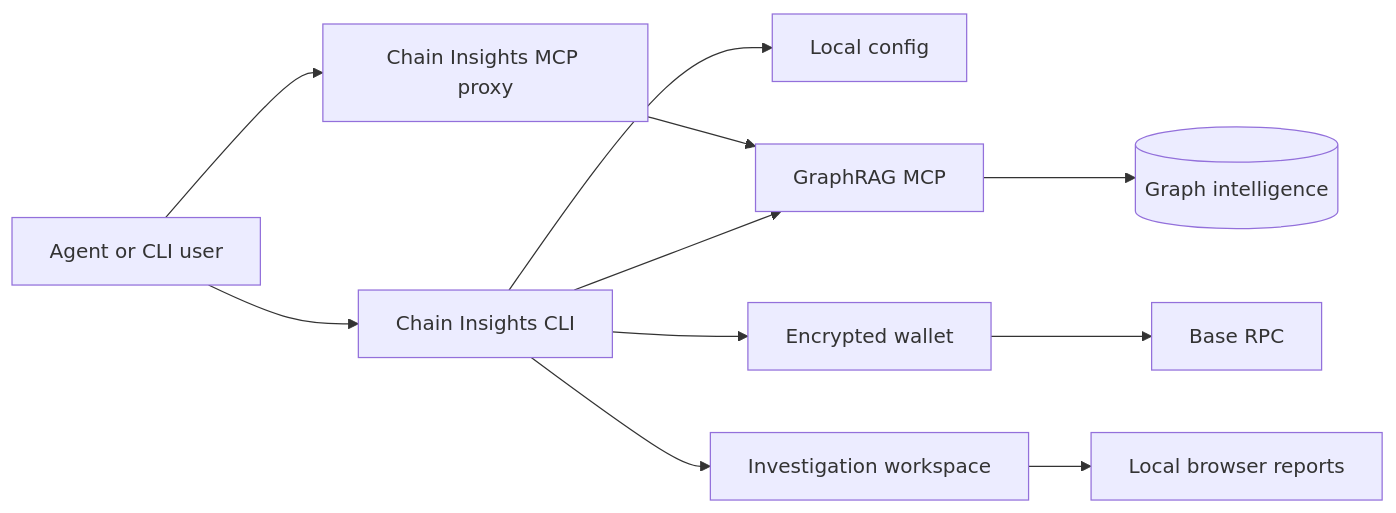
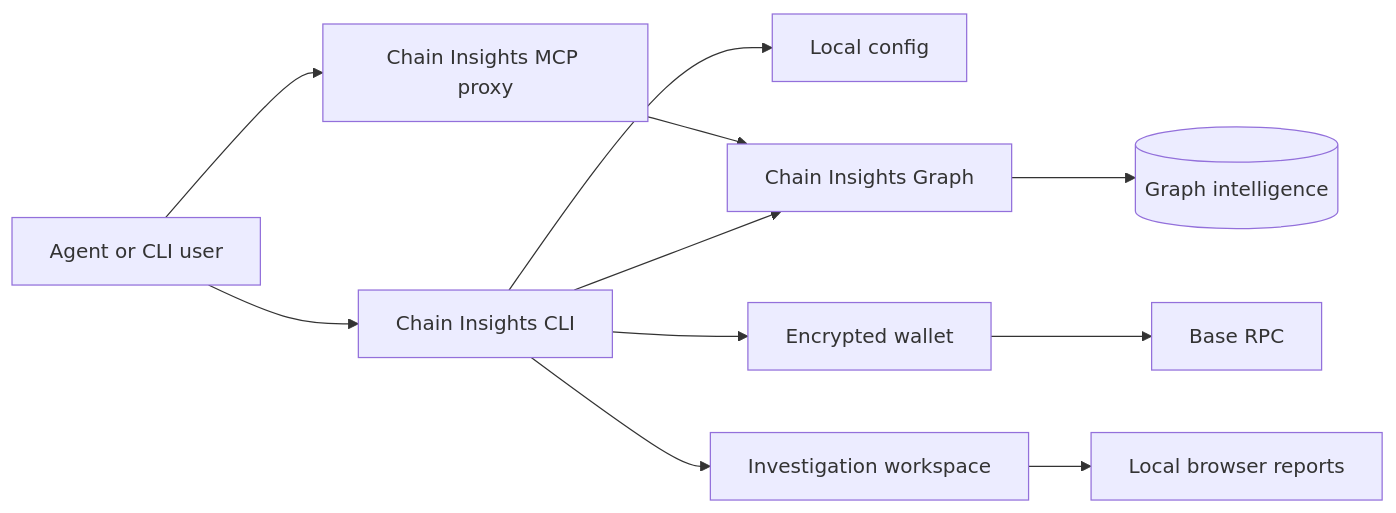
The diagram in docs/architecture.md (chainswarm/chain-insights), drawn with Mermaid before and after one commit. The commit also changed other lines of this file and 70 other files, not shown here.

Commit message:
chore: rename graph layer to Chain Insights Graph

````diff
--- a/docs/architecture.md
+++ b/docs/architecture.md
@@ -9,13 +9,13 @@
 ```mermaid
 flowchart LR
   Agent[Agent or CLI user] --> Proxy[Chain Insights MCP proxy]
   Agent --> CLI[Chain Insights CLI]
   CLI --> Config[Local config]
   CLI --> Wallet[Encrypted wallet]
   CLI --> Workspace[Investigation workspace]
-  Proxy --> GraphMCP[GraphRAG MCP]
-  CLI --> GraphMCP
-  GraphMCP --> GraphData[(Graph intelligence)]
+  Proxy --> ChainInsightsGraph[Chain Insights Graph]
+  CLI --> ChainInsightsGraph
+  ChainInsightsGraph --> GraphData[(Graph intelligence)]
   Wallet --> Base[Base RPC]
   Workspace --> Browser[Local browser reports]
 ```
````
